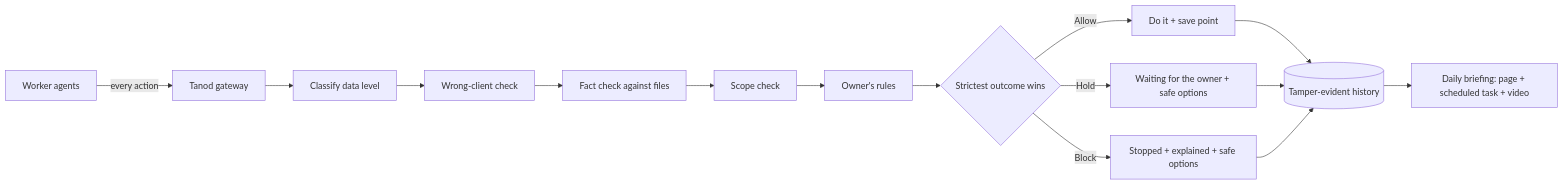
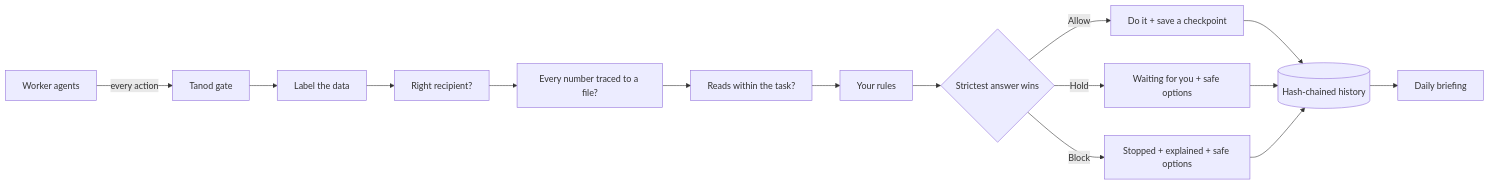
Before and after one commit to aljabrialam/tanod: the diagram in README.md, drawn with Mermaid. The commit also changed other lines of this file, not shown here.

````diff
--- a/README.md
+++ b/README.md
@@ -92,15 +142,15 @@
 ```mermaid
 flowchart LR
-  AG[Worker agents] -->|every action| GW[Tanod gateway]
-  GW --> CL[Classify data level]
-  CL --> WC[Wrong-client check]
-  WC --> FC[Fact check against files]
-  FC --> SC[Scope check]
-  SC --> PO[Owner's rules]
-  PO --> CO{Strictest outcome wins}
-  CO -->|Allow| EX[Do it + save point]
-  CO -->|Hold| Q[Waiting for the owner + safe options]
+  AG[Worker agents] -->|every action| GW[Tanod gate]
+  GW --> CL[Label the data]
+  CL --> WC[Right recipient?]
+  WC --> FC[Every number traced to a file?]
+  FC --> SC[Reads within the task?]
+  SC --> PO[Your rules]
+  PO --> CO{Strictest answer wins}
+  CO -->|Allow| EX[Do it + save a checkpoint]
+  CO -->|Hold| Q[Waiting for you + safe options]
   CO -->|Block| BL[Stopped + explained + safe options]
-  EX & Q & BL --> LG[(Tamper-evident history)]
-  LG --> BR[Daily briefing: page + scheduled task + video]
+  EX & Q & BL --> LG[(Hash-chained history)]
+  LG --> BR[Daily briefing]
 ```
````
